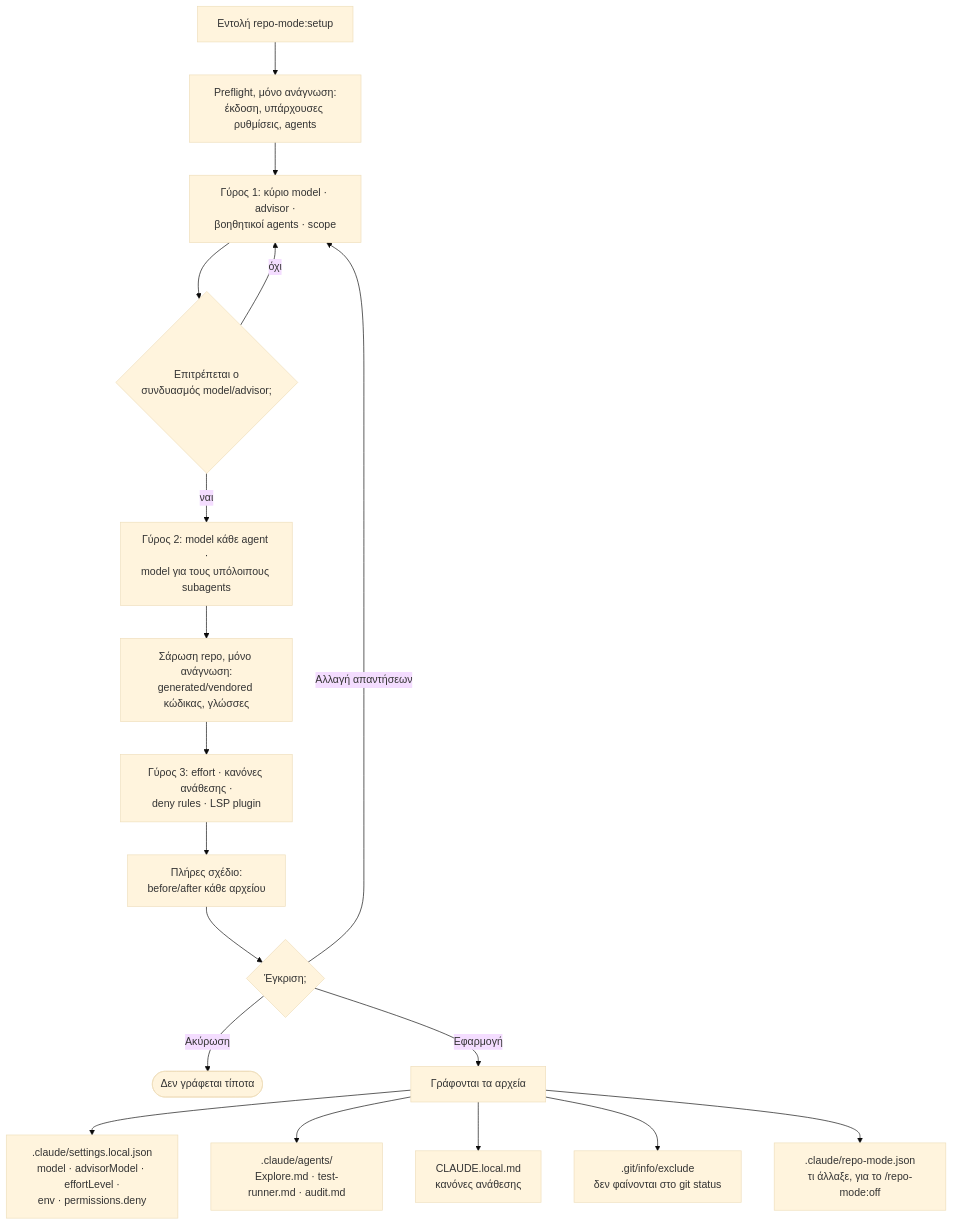
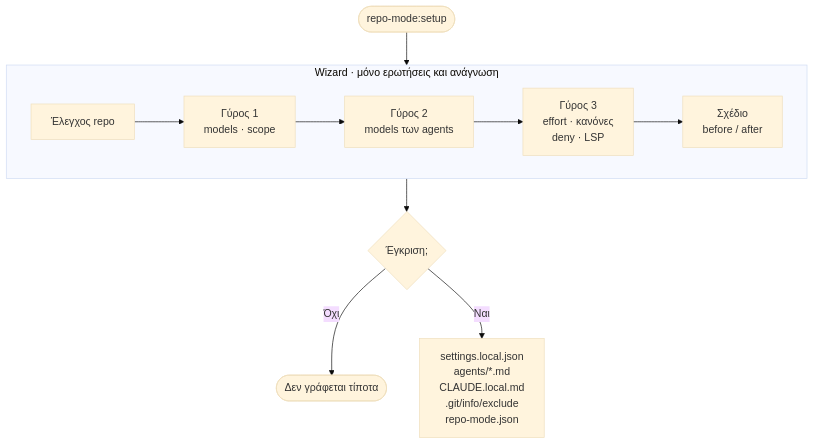
The second of 2 diagrams in plugins/repo-mode/README.md (kniko/claude-plugins), drawn with Mermaid (base theme) before and after one commit. The commit also changed other lines of this file, not shown here.

Commit message:
repo-mode README: compact diagrams

````diff
--- a/plugins/repo-mode/README.md
+++ b/plugins/repo-mode/README.md
@@ -43,20 +44,11 @@
 ```mermaid
 flowchart TD
-    S["Εντολή repo-mode:setup"] --> P0["Preflight, μόνο ανάγνωση:<br/>έκδοση, υπάρχουσες ρυθμίσεις, agents"]
-    P0 --> R1["Γύρος 1: κύριο model · advisor ·<br/>βοηθητικοί agents · scope"]
-    R1 --> V{"Επιτρέπεται ο<br/>συνδυασμός model/advisor;"}
-    V -->|"όχι"| R1
-    V -->|"ναι"| R2["Γύρος 2: model κάθε agent ·<br/>model για τους υπόλοιπους subagents"]
-    R2 --> SC["Σάρωση repo, μόνο ανάγνωση:<br/>generated/vendored κώδικας, γλώσσες"]
-    SC --> R3["Γύρος 3: effort · κανόνες ανάθεσης ·<br/>deny rules · LSP plugin"]
-    R3 --> PL["Πλήρες σχέδιο:<br/>before/after κάθε αρχείου"]
-    PL --> Q{"Έγκριση;"}
-    Q -->|"Αλλαγή απαντήσεων"| R1
-    Q -->|"Ακύρωση"| X(["Δεν γράφεται τίποτα"])
-    Q -->|"Εφαρμογή"| W["Γράφονται τα αρχεία"]
-    W --> F1[".claude/settings.local.json<br/>model · advisorModel · effortLevel ·<br/>env · permissions.deny"]
-    W --> F2[".claude/agents/<br/>Explore.md · test-runner.md · audit.md"]
-    W --> F3["CLAUDE.local.md<br/>κανόνες ανάθεσης"]
-    W --> F4[".git/info/exclude<br/>δεν φαίνονται στο git status"]
-    W --> F5[".claude/repo-mode.json<br/>τι άλλαξε, για το /repo-mode:off"]
+    S(["repo-mode:setup"]) --> W0
+    subgraph WZ ["Wizard · μόνο ερωτήσεις και ανάγνωση"]
+        direction LR
+        W0["Έλεγχος repo"] --> W1["Γύρος 1<br/>models · scope"] --> W2["Γύρος 2<br/>models των agents"] --> W3["Γύρος 3<br/>effort · κανόνες<br/>deny · LSP"] --> W4["Σχέδιο<br/>before / after"]
+    end
+    W4 --> Q{"Έγκριση;"}
+    Q -->|"Όχι"| X(["Δεν γράφεται τίποτα"])
+    Q -->|"Ναι"| F["settings.local.json<br/>agents/*.md<br/>CLAUDE.local.md<br/>.git/info/exclude<br/>repo-mode.json"]
 ```
````
